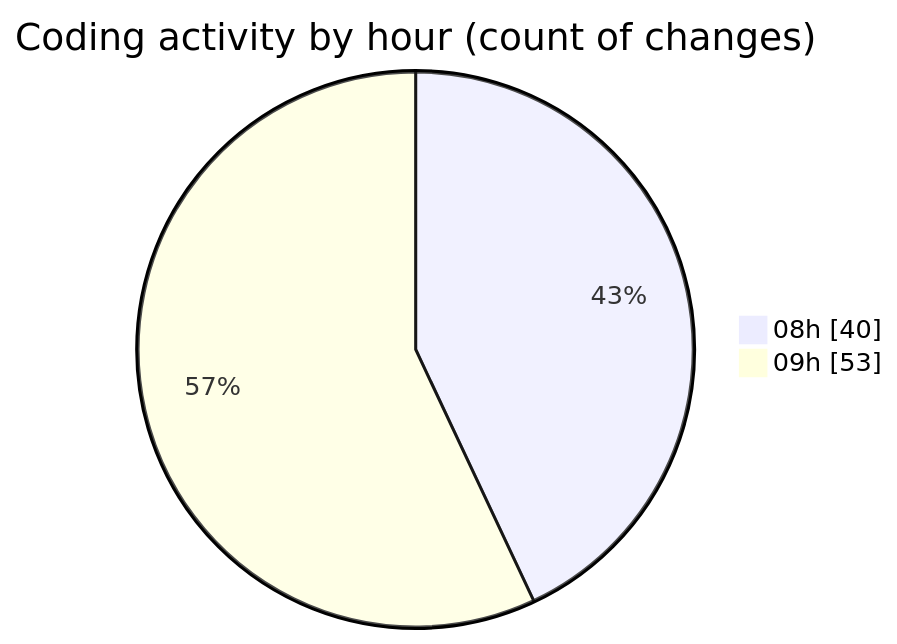
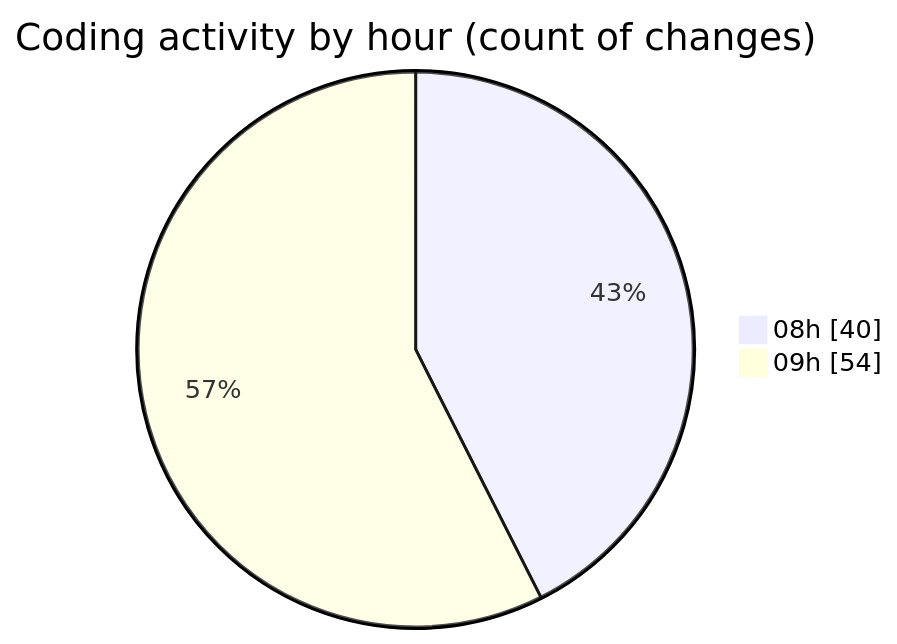
Before and after one commit to robertbonfada/code-tracking: the second of 2 diagrams in 2025-01-27/mbc-web/README.md, drawn with Mermaid. The commit also changed other lines of this file and 1 other file, not shown here.

````diff
--- a/2025-01-27/mbc-web/README.md
+++ b/2025-01-27/mbc-web/README.md
@@ -45,6 +45,6 @@
 ```mermaid
 pie showData
 title Coding activity by hour (count of changes)
 "08h" : 40
-"09h" : 53
+"09h" : 54
 ```
````
